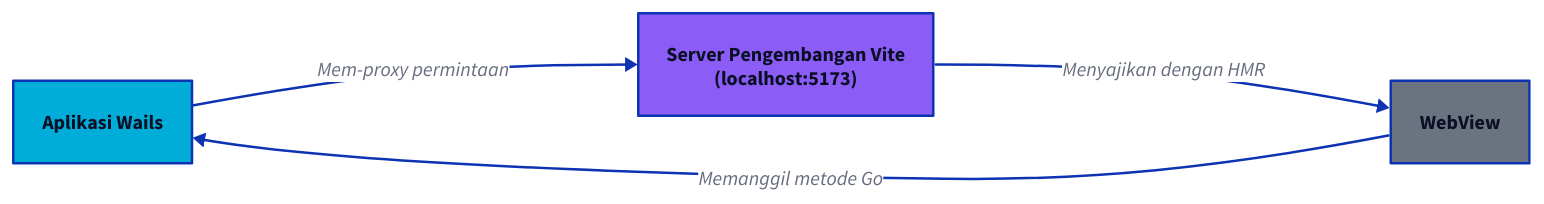
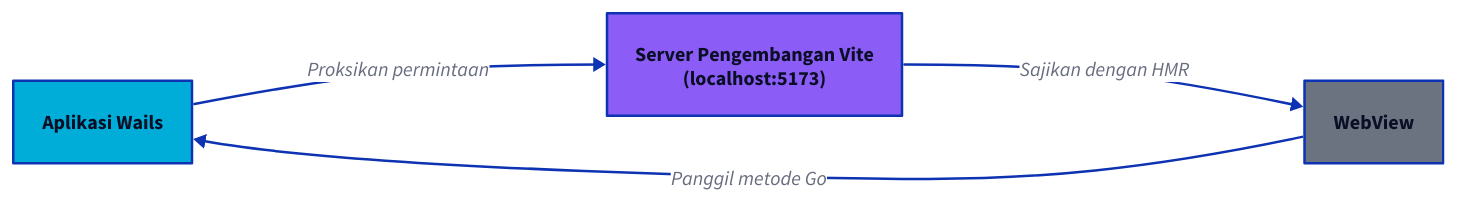
One commit to wailsapp/wails changed the sixth of 8 diagrams in docs/mpress/content/id/concepts/architecture.md. Above: the diagram before and after it, drawn with D2. The commit also changed other lines of this file and 1096 other files, not shown here.

````diff
--- a/docs/mpress/content/id/concepts/architecture.md
+++ b/docs/mpress/content/id/concepts/architecture.md
@@ -449,22 +449,22 @@
 ```d2
 direction: right
 
 WailsApp: Aplikasi Wails {
   shape: rectangle
   style.fill: "#00ADD8"
 }
 
 DevServer: "Server Pengembangan Vite\n(localhost:5173)" {
   shape: rectangle
   style.fill: "#8B5CF6"
 }
 
 WebView: WebView {
   shape: rectangle
   style.fill: "#6B7280"
 }
 
-WailsApp -> DevServer: Mem-proxy permintaan
-DevServer -> WebView: Menyajikan dengan HMR
-WebView -> WailsApp: Memanggil metode Go
+WailsApp -> DevServer: Proksikan permintaan
+DevServer -> WebView: Sajikan dengan HMR
+WebView -> WailsApp: Panggil metode Go
 ```
````
